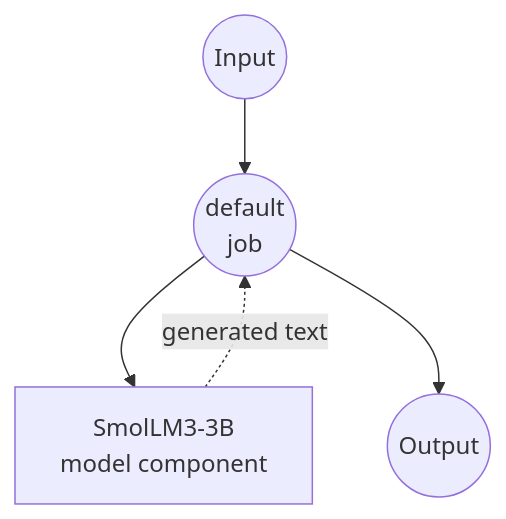
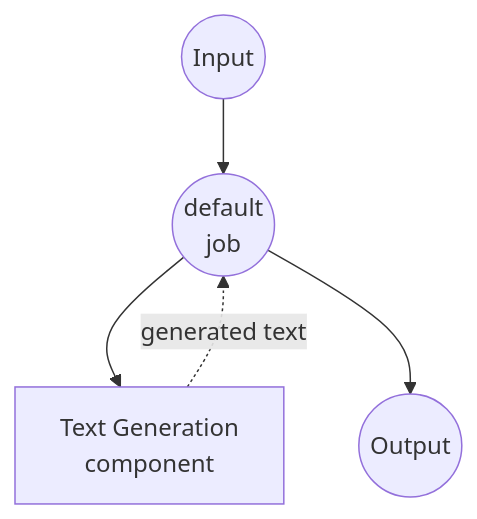
The diagram in examples/model-tasks/text-generation/README.md (hanyeol/model-compose), drawn with Mermaid before and after one commit. The commit also changed other lines of this file and 24 other files, not shown here.

````diff
--- a/examples/model-tasks/text-generation/README.md
+++ b/examples/model-tasks/text-generation/README.md
@@ -105,16 +107,16 @@
 ```mermaid
 graph TD
     %% Default job (implicit)
     J1((default<br/>job))
 
     %% Component
-    C1[SmolLM3-3B<br/>model component]
+    C1[Text Generation<br/>component]
 
     %% Job to component connections (solid: invokes, dotted: returns)
     J1 --> C1
     C1 -.-> |generated text| J1
 
     %% Input/Output
     Input((Input)) --> J1
     J1 --> Output((Output))
 ```
````
